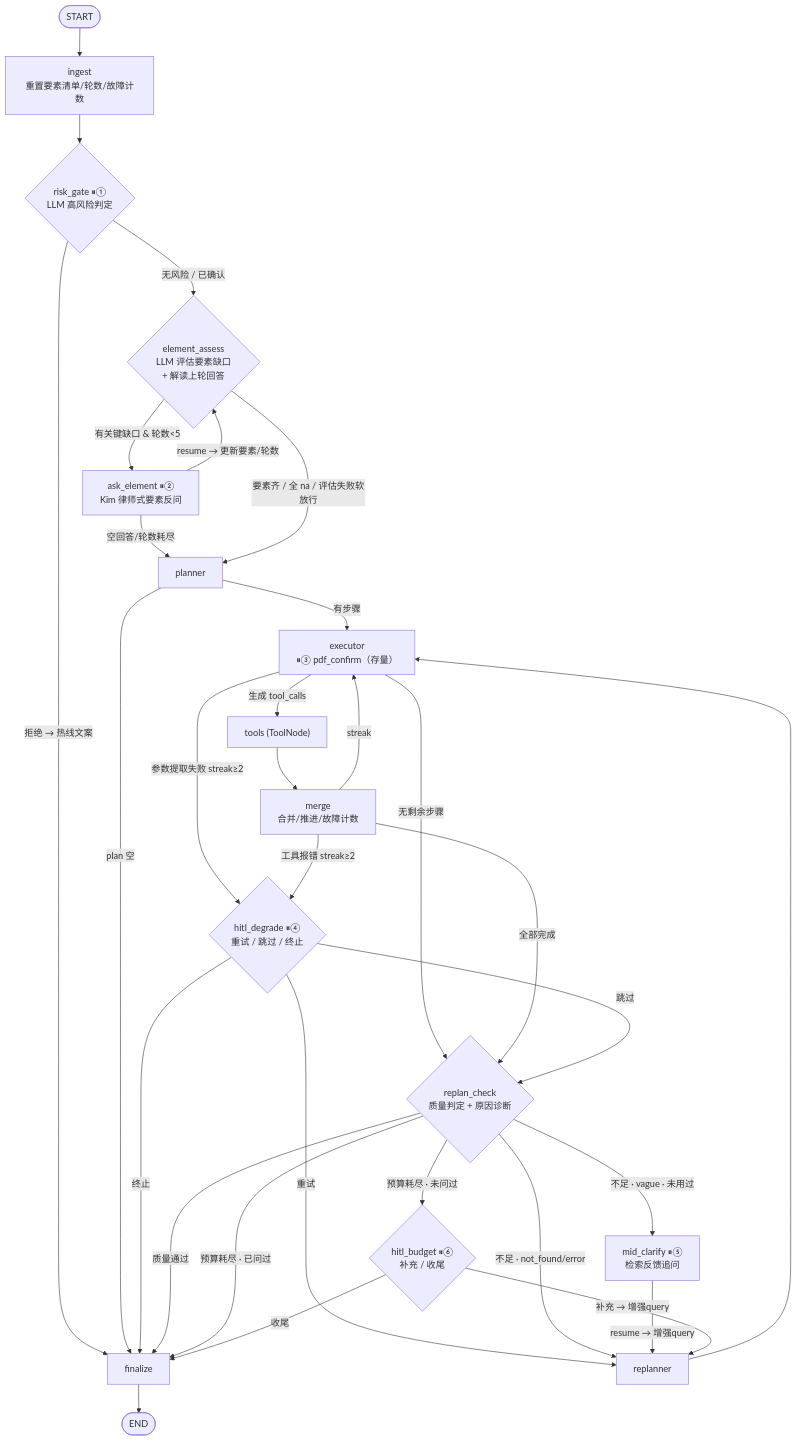
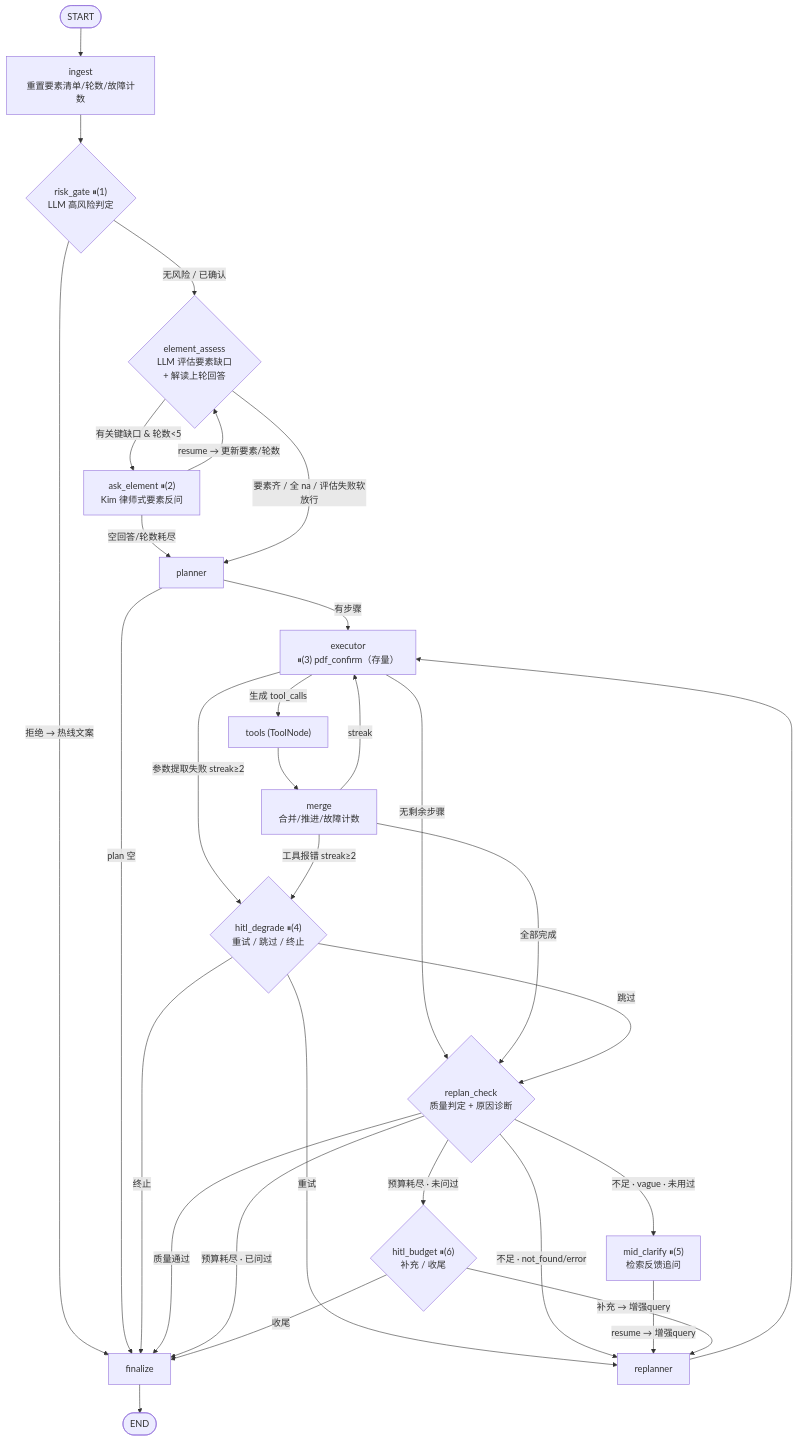
Before and after one commit to qinglan-qaq/LangChain_LawAgent: the diagram in docs/superpowers/specs/2026-09-10-clarify-hitl-design.md, drawn with Mermaid. The commit also changed other lines of this file and 8 other files, not shown here.

````diff
--- a/docs/superpowers/specs/2026-09-10-clarify-hitl-design.md
+++ b/docs/superpowers/specs/2026-09-10-clarify-hitl-design.md
@@ -123,41 +123,41 @@
 ```mermaid
 flowchart TD
     START([START]) --> ingest["ingest<br/>重置要素清单/轮数/故障计数"]
     ingest --> risk_gate
 
-    risk_gate{"risk_gate ⏸①<br/>LLM 高风险判定"}
+    risk_gate{"risk_gate ⏸(1)<br/>LLM 高风险判定"}
     risk_gate -->|"拒绝 → 热线文案"| finalize["finalize"]
     risk_gate -->|"无风险 / 已确认"| assess{"element_assess<br/>LLM 评估要素缺口<br/>+ 解读上轮回答"}
 
-    assess -->|"有关键缺口 & 轮数<5"| ask["ask_element ⏸②<br/>Kim 律师式要素反问"]
+    assess -->|"有关键缺口 & 轮数<5"| ask["ask_element ⏸(2)<br/>Kim 律师式要素反问"]
     ask -->|"resume → 更新要素/轮数"| assess
     ask -->|"空回答/轮数耗尽"| planner
     assess -->|"要素齐 / 全 na / 评估失败软放行"| planner["planner"]
 
     planner -->|"plan 空"| finalize
-    planner -->|"有步骤"| executor["executor<br/>⏸③ pdf_confirm（存量）"]
+    planner -->|"有步骤"| executor["executor<br/>⏸(3) pdf_confirm（存量）"]
     executor -->|"生成 tool_calls"| tools["tools (ToolNode)"]
     executor -->|"参数提取失败 streak≥2"| degrade
     executor -->|"无剩余步骤"| rcheck
     tools --> merge["merge<br/>合并/推进/故障计数"]
 
-    merge -->|"工具报错 streak≥2"| degrade{"hitl_degrade ⏸④<br/>重试 / 跳过 / 终止"}
+    merge -->|"工具报错 streak≥2"| degrade{"hitl_degrade ⏸(4)<br/>重试 / 跳过 / 终止"}
     merge -->|"streak<threshold 且有剩余"| executor
     merge -->|"全部完成"| rcheck{"replan_check<br/>质量判定 + 原因诊断"}
 
     degrade -->|"重试"| replanner["replanner"]
     degrade -->|"跳过"| rcheck
     degrade -->|"终止"| finalize
 
     rcheck -->|"质量通过"| finalize
-    rcheck -->|"不足 · vague · 未用过"| mid["mid_clarify ⏸⑤<br/>检索反馈追问"]
+    rcheck -->|"不足 · vague · 未用过"| mid["mid_clarify ⏸(5)<br/>检索反馈追问"]
     rcheck -->|"不足 · not_found/error"| replanner
-    rcheck -->|"预算耗尽 · 未问过"| budget{"hitl_budget ⏸⑥<br/>补充 / 收尾"}
+    rcheck -->|"预算耗尽 · 未问过"| budget{"hitl_budget ⏸(6)<br/>补充 / 收尾"}
     rcheck -->|"预算耗尽 · 已问过"| finalize
 
     mid -->|"resume → 增强query"| replanner
     budget -->|"补充 → 增强query"| replanner
     budget -->|收尾| finalize
     replanner --> executor
     finalize --> END([END])
 ```
````
